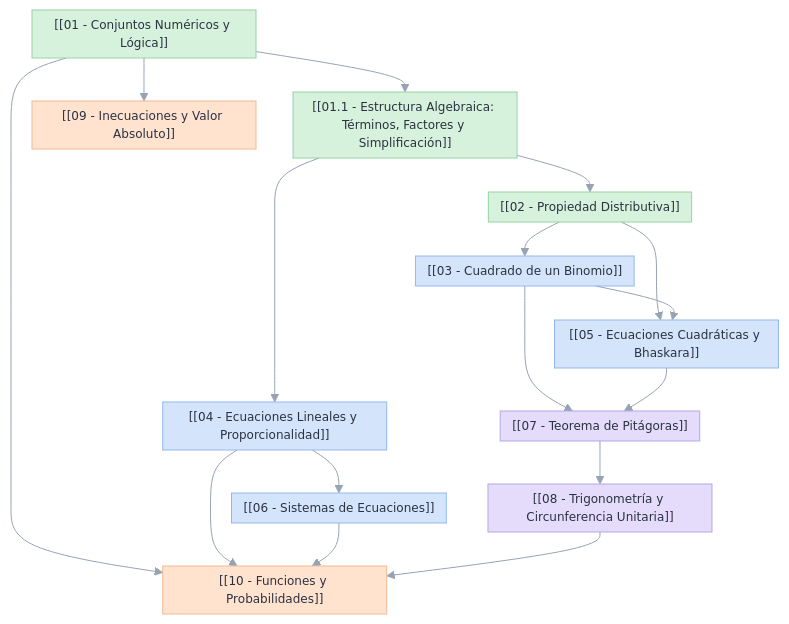
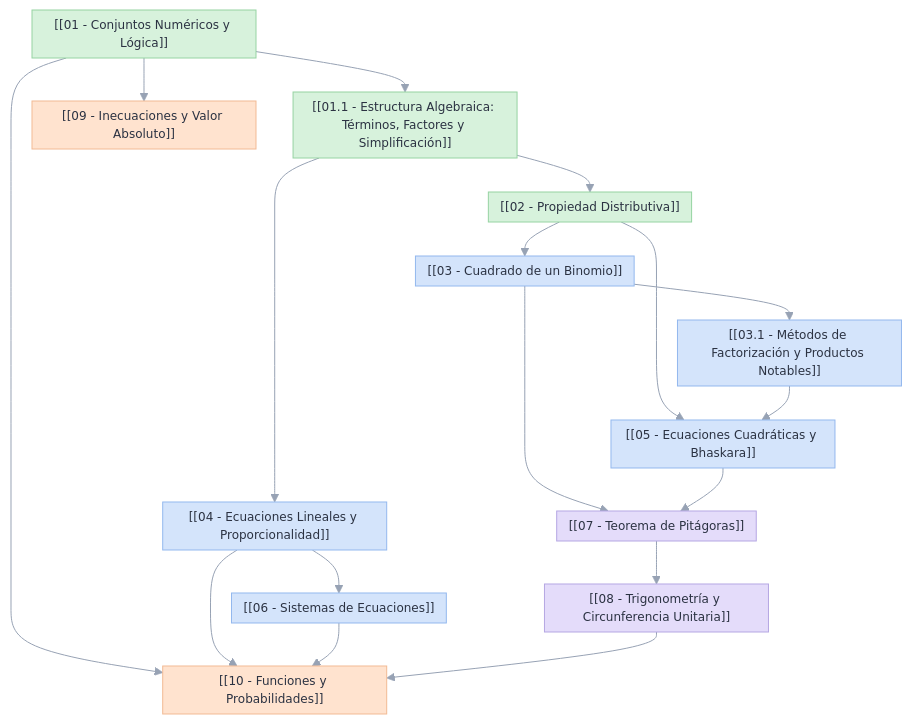
Before and after one commit to Derszi65g/KOM: the diagram in 00-indice-maestro.md, drawn with Mermaid. The commit also changed other lines of this file and 6 other files, not shown here.

````diff
--- a/00-indice-maestro.md
+++ b/00-indice-maestro.md
@@ -15,36 +15,38 @@
 ```mermaid
 %%{init: {"theme": "base", "themeVariables": {"background": "transparent", "primaryTextColor": "#2b3242", "fontSize": "12px", "lineColor": "#97a2b4"}, "flowchart": {"nodeSpacing": 22, "rankSpacing": 34, "padding": 6}}}%%
 graph TD
     N01["[[01 - Conjuntos Numéricos y Lógica]]"] --> N01_1["[[01.1 - Estructura Algebraica: Términos, Factores y Simplificación]]"]
     N01 --> N09["[[09 - Inecuaciones y Valor Absoluto]]"]
     N01 --> N10["[[10 - Funciones y Probabilidades]]"]
     
     N01_1 --> N02["[[02 - Propiedad Distributiva]]"]
     N01_1 --> N04["[[04 - Ecuaciones Lineales y Proporcionalidad]]"]
     
     N02 --> N03["[[03 - Cuadrado de un Binomio]]"]
     N02 --> N05["[[05 - Ecuaciones Cuadráticas y Bhaskara]]"]
     
-    N03 --> N05
+    N03 --> N03_1["[[03.1 - Métodos de Factorización y Productos Notables]]"]
     N03 --> N07["[[07 - Teorema de Pitágoras]]"]
+    
+    N03_1 --> N05
     
     N04 --> N06["[[06 - Sistemas de Ecuaciones]]"]
     N04 --> N10
     
     N05 --> N07
     
     N07 --> N08["[[08 - Trigonometría y Circunferencia Unitaria]]"]
     
     N06 --> N10
     N08 --> N10
 
     classDef bases fill:#d7f2dc,stroke:#96d3a2,color:#2b3242
     classDef algebra fill:#d4e4fb,stroke:#93b8ee,color:#2b3242
     classDef geometria fill:#e4dcfa,stroke:#b5a7e3,color:#2b3242
     classDef avanzado fill:#ffe3cf,stroke:#f2ba94,color:#2b3242
 
     class N01,N01_1,N02 bases
-    class N03,N04,N05,N06 algebra
+    class N03,N03_1,N04,N05,N06 algebra
     class N07,N08 geometria
     class N09,N10 avanzado
 ```
````
